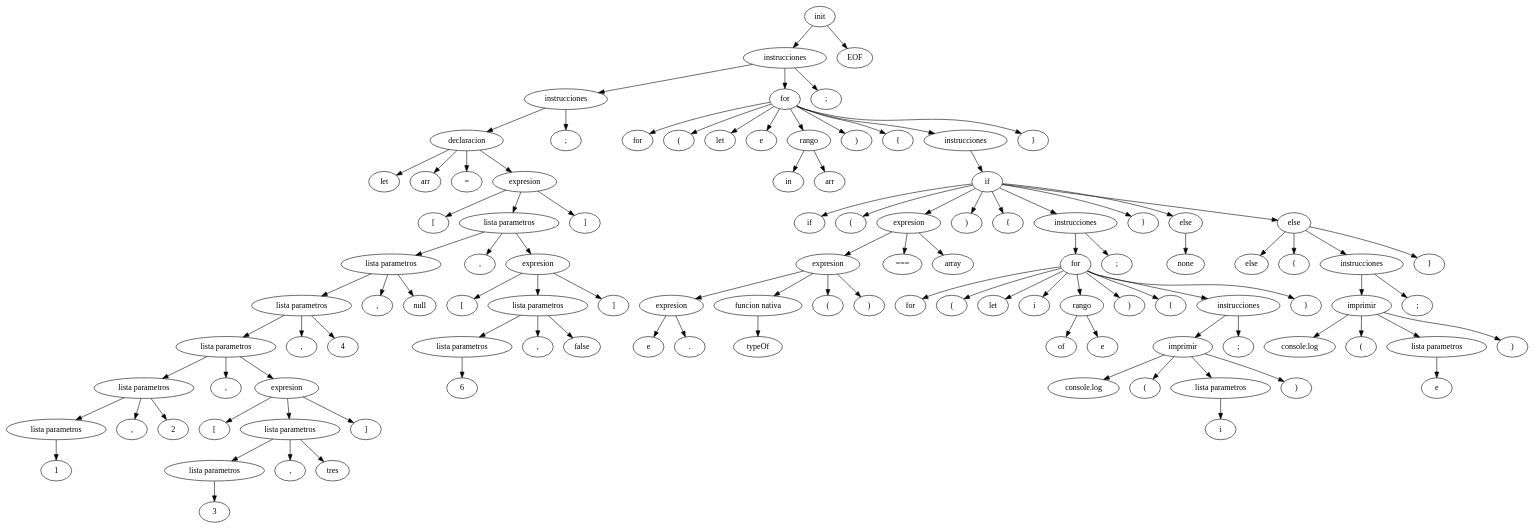
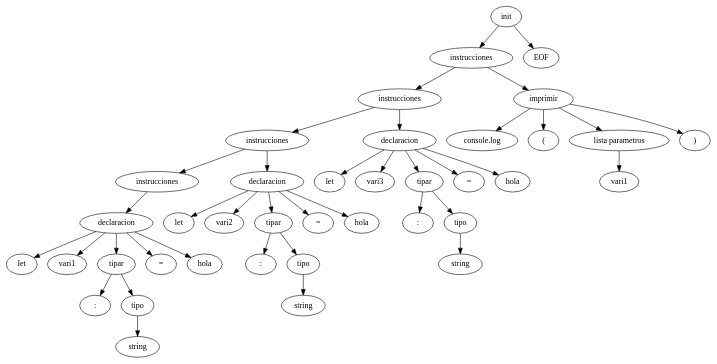
Before and after one commit to LuisaMariaO/OLC2P1-Luisa-Ortiz-Marjorie-Reyes: the diagram in Fase 1/backend/AST.dot, drawn with Graphviz. The commit also changed 7 other files, not shown here.

```diff
--- a/Fase 1/backend/AST.dot
+++ b/Fase 1/backend/AST.dot
@@ -4,214 +4,76 @@
 n0->n1
 n2[label="instrucciones"];
 n1->n2
-n3[label="declaracion"];
+n3[label="instrucciones"];
 n2->n3
-n4[label="let"];
+n4[label="instrucciones"];
 n3->n4
-n5[label="arr"];
-n3->n5
-n6[label="="];
-n3->n6
-n7[label="expresion"];
-n3->n7
-n8[label="["];
-n7->n8
-n9[label="lista parametros"];
-n7->n9
-n10[label="lista parametros"];
-n9->n10
-n11[label="lista parametros"];
+n5[label="declaracion"];
+n4->n5
+n6[label="let"];
+n5->n6
+n7[label="vari1"];
+n5->n7
+n8[label="tipar"];
+n5->n8
+n9[label=":"];
+n8->n9
+n10[label="tipo"];
+n8->n10
+n11[label="string"];
 n10->n11
-n12[label="lista parametros"];
-n11->n12
-n13[label="lista parametros"];
-n12->n13
-n14[label="lista parametros"];
-n13->n14
-n15[label="1"];
+n12[label="="];
+n5->n12
+n13[label="hola"];
+n5->n13
+n14[label="declaracion"];
+n3->n14
+n15[label="let"];
 n14->n15
-n16[label=","];
-n13->n16
-n17[label="2"];
-n13->n17
-n18[label=","];
-n12->n18
-n19[label="expresion"];
-n12->n19
-n20[label="["];
+n16[label="vari2"];
+n14->n16
+n17[label="tipar"];
+n14->n17
+n18[label=":"];
+n17->n18
+n19[label="tipo"];
+n17->n19
+n20[label="string"];
 n19->n20
-n21[label="lista parametros"];
-n19->n21
-n22[label="lista parametros"];
-n21->n22
-n23[label="3"];
-n22->n23
-n24[label=","];
-n21->n24
-n25[label="tres"];
-n21->n25
-n26[label="]"];
-n19->n26
-n27[label=","];
-n11->n27
-n28[label="4"];
-n11->n28
-n29[label=","];
-n10->n29
-n30[label="null"];
-n10->n30
-n31[label=","];
-n9->n31
-n32[label="expresion"];
-n9->n32
-n33[label="["];
+n21[label="="];
+n14->n21
+n22[label="hola"];
+n14->n22
+n23[label="declaracion"];
+n2->n23
+n24[label="let"];
+n23->n24
+n25[label="vari3"];
+n23->n25
+n26[label="tipar"];
+n23->n26
+n27[label=":"];
+n26->n27
+n28[label="tipo"];
+n26->n28
+n29[label="string"];
+n28->n29
+n30[label="="];
+n23->n30
+n31[label="hola"];
+n23->n31
+n32[label="imprimir"];
+n1->n32
+n33[label="console.log"];
 n32->n33
-n34[label="lista parametros"];
+n34[label="("];
 n32->n34
 n35[label="lista parametros"];
-n34->n35
-n36[label="6"];
+n32->n35
+n36[label="vari1"];
 n35->n36
-n37[label=","];
-n34->n37
-n38[label="false"];
-n34->n38
-n39[label="]"];
-n32->n39
-n40[label="]"];
-n7->n40
-n41[label=";"];
-n2->n41
-n42[label="for"];
-n1->n42
-n43[label="for"];
-n42->n43
-n44[label="("];
-n42->n44
-n45[label="let"];
-n42->n45
-n46[label="e"];
-n42->n46
-n47[label="rango"];
-n42->n47
-n48[label="in"];
-n47->n48
-n49[label="arr"];
-n47->n49
-n50[label=")"];
-n42->n50
-n51[label="{"];
-n42->n51
-n52[label="instrucciones"];
-n42->n52
-n53[label="if"];
-n52->n53
-n54[label="if"];
-n53->n54
-n55[label="("];
-n53->n55
-n56[label="expresion"];
-n53->n56
-n57[label="expresion"];
-n56->n57
-n58[label="expresion"];
-n57->n58
-n59[label="e"];
-n58->n59
-n60[label="."];
-n58->n60
-n61[label="funcion nativa"];
-n57->n61
-n62[label="typeOf"];
-n61->n62
-n63[label="("];
-n57->n63
-n64[label=")"];
-n57->n64
-n65[label="==="];
-n56->n65
-n66[label="array"];
-n56->n66
-n67[label=")"];
-n53->n67
-n68[label="{"];
-n53->n68
-n69[label="instrucciones"];
-n53->n69
-n70[label="for"];
-n69->n70
-n71[label="for"];
-n70->n71
-n72[label="("];
-n70->n72
-n73[label="let"];
-n70->n73
-n74[label="i"];
-n70->n74
-n75[label="rango"];
-n70->n75
-n76[label="of"];
-n75->n76
-n77[label="e"];
-n75->n77
-n78[label=")"];
-n70->n78
-n79[label="{"];
-n70->n79
-n80[label="instrucciones"];
-n70->n80
-n81[label="imprimir"];
-n80->n81
-n82[label="console.log"];
-n81->n82
-n83[label="("];
-n81->n83
-n84[label="lista parametros"];
-n81->n84
-n85[label="i"];
-n84->n85
-n86[label=")"];
-n81->n86
-n87[label=";"];
-n80->n87
-n88[label="}"];
-n70->n88
-n89[label=";"];
-n69->n89
-n90[label="}"];
-n53->n90
-n91[label="else"];
-n53->n91
-n92[label="none"];
-n91->n92
-n93[label="else"];
-n53->n93
-n94[label="else"];
-n93->n94
-n95[label="{"];
-n93->n95
-n96[label="instrucciones"];
-n93->n96
-n97[label="imprimir"];
-n96->n97
-n98[label="console.log"];
-n97->n98
-n99[label="("];
-n97->n99
-n100[label="lista parametros"];
-n97->n100
-n101[label="e"];
-n100->n101
-n102[label=")"];
-n97->n102
-n103[label=";"];
-n96->n103
-n104[label="}"];
-n93->n104
-n105[label="}"];
-n42->n105
-n106[label=";"];
-n1->n106
-n107[label="EOF"];
-n0->n107
+n37[label=")"];
+n32->n37
+n38[label="EOF"];
+n0->n38
 }
```
